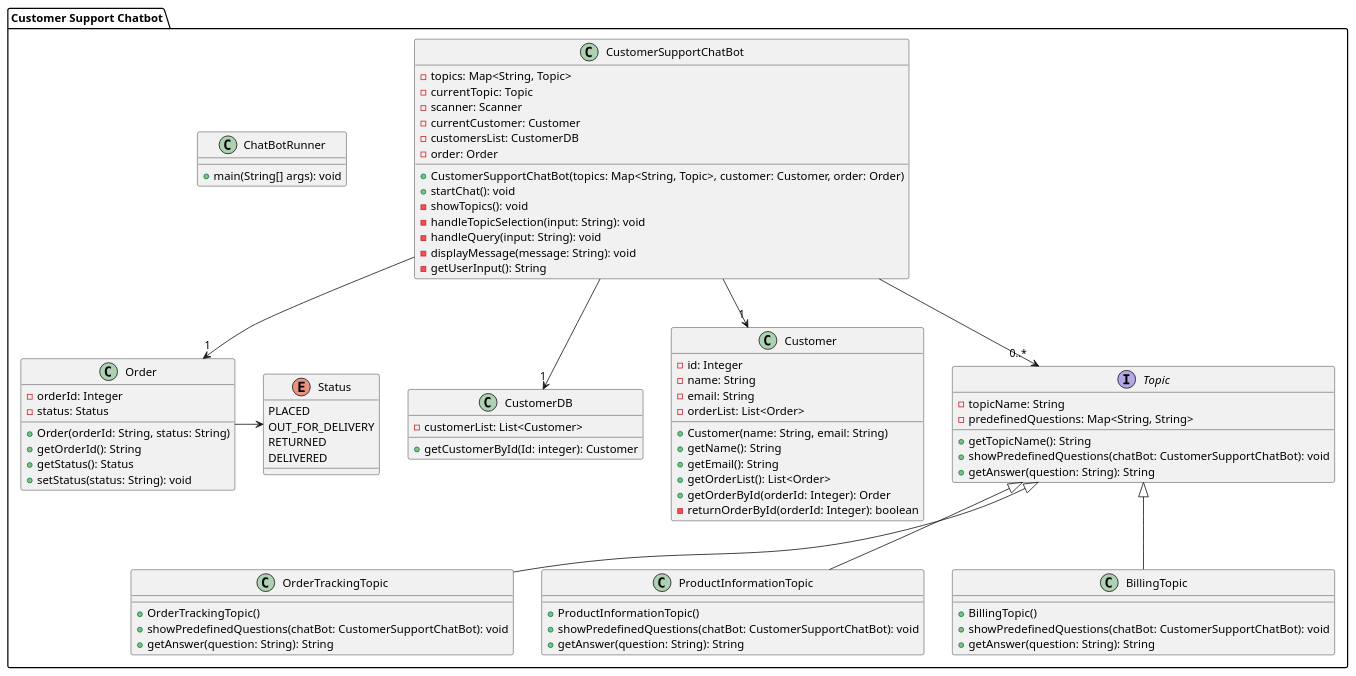
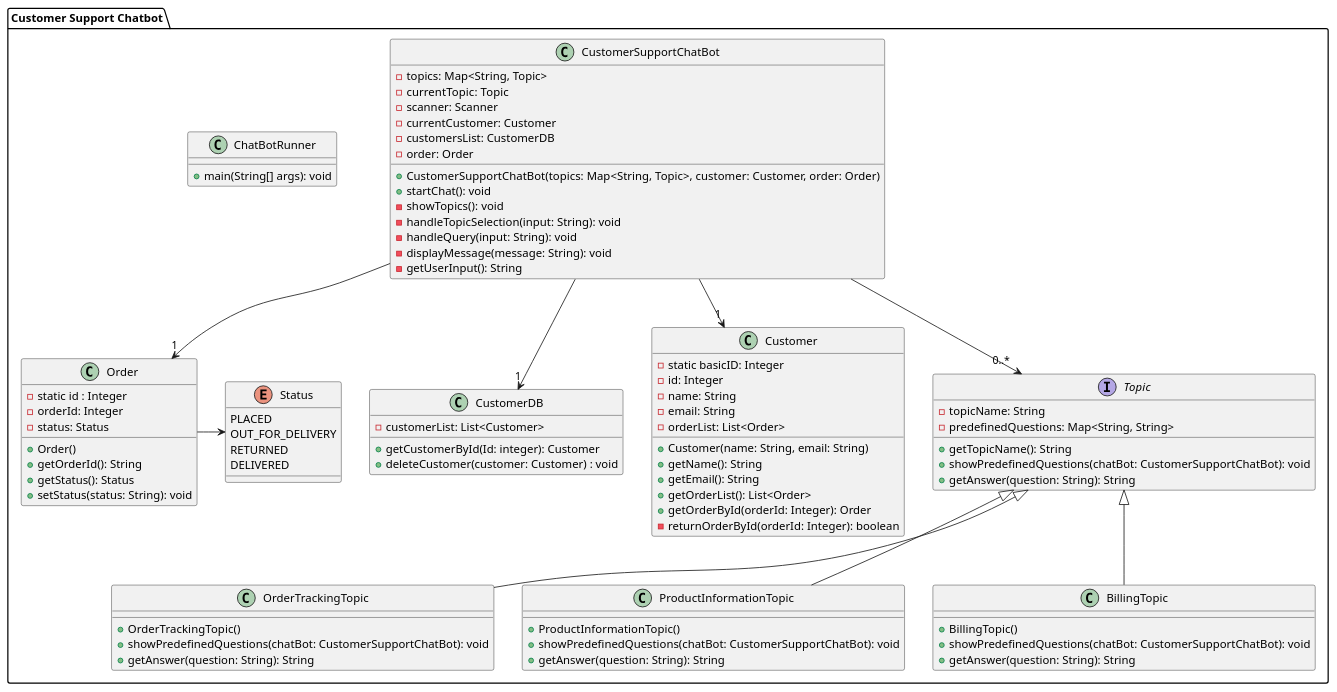
One commit to StudentsOnly/java-chatbot-project-team1 changed the diagram in UMLClassDiagram.puml. Above: the diagram before and after it, drawn with PlantUML.

Commit message:
updated UMLDiagram

```diff
--- a/UMLClassDiagram.puml
+++ b/UMLClassDiagram.puml
@@ -1,94 +1,97 @@
 @startuml
 
 package "Customer Support Chatbot" {
     class CustomerDB{
         - customerList: List<Customer>
         + getCustomerById(Id: integer): Customer
+        + deleteCustomer(customer: Customer) : void
     }
 
     class Customer {
+        - static basicID: Integer
         - id: Integer
         - name: String
         - email: String
         - orderList: List<Order>
         + Customer(name: String, email: String)
         + getName(): String
         + getEmail(): String
         + getOrderList(): List<Order>
         + getOrderById(orderId: Integer): Order
         - returnOrderById(orderId: Integer): boolean
     }
 
   enum Status {
     PLACED
     OUT_FOR_DELIVERY
     RETURNED
     DELIVERED
   }
 
     class Order {
+        - static id : Integer
         - orderId: Integer
         - status: Status
-        + Order(orderId: String, status: String)
+        + Order()
         + getOrderId(): String
         + getStatus(): Status
         + setStatus(status: String): void
     }
 
     interface Topic {
         - topicName: String
         - predefinedQuestions: Map<String, String>
         + getTopicName(): String
         + showPredefinedQuestions(chatBot: CustomerSupportChatBot): void
         + getAnswer(question: String): String
     }
 
     class OrderTrackingTopic {
         + OrderTrackingTopic()
         + showPredefinedQuestions(chatBot: CustomerSupportChatBot): void
         + getAnswer(question: String): String
     }
 
     class ProductInformationTopic {
         + ProductInformationTopic()
         + showPredefinedQuestions(chatBot: CustomerSupportChatBot): void
         + getAnswer(question: String): String
     }
 
     class BillingTopic {
         + BillingTopic()
         + showPredefinedQuestions(chatBot: CustomerSupportChatBot): void
         + getAnswer(question: String): String
     }
 
     class CustomerSupportChatBot {
         - topics: Map<String, Topic>
         - currentTopic: Topic
         - scanner: Scanner
         - currentCustomer: Customer
         - customersList: CustomerDB
         - order: Order
         + CustomerSupportChatBot(topics: Map<String, Topic>, customer: Customer, order: Order)
         + startChat(): void
         - showTopics(): void
         - handleTopicSelection(input: String): void
         - handleQuery(input: String): void
         - displayMessage(message: String): void
         - getUserInput(): String
     }
 
     class ChatBotRunner {
         + main(String[] args): void
     }
 
     Order ->  Status
     CustomerSupportChatBot --> "1" CustomerDB
     CustomerSupportChatBot --> "1" Customer
     CustomerSupportChatBot --> "1" Order
     CustomerSupportChatBot --> "0..*" Topic
     Topic <|-- OrderTrackingTopic
     Topic <|-- ProductInformationTopic
     Topic <|-- BillingTopic
 }
 
 @enduml
```
